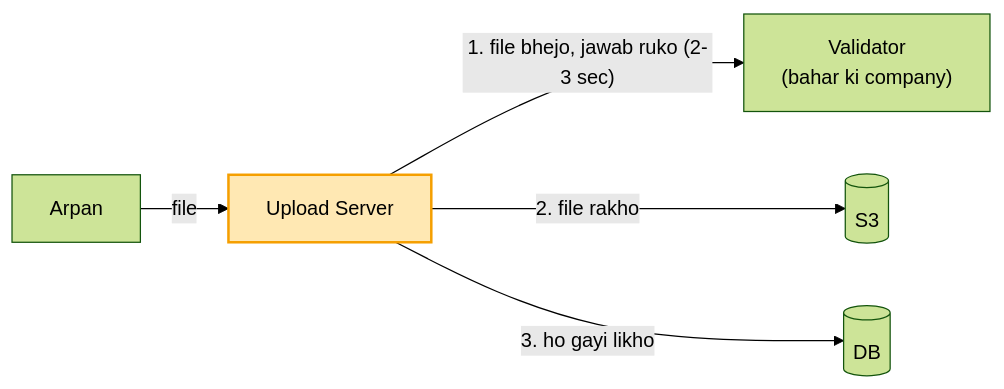
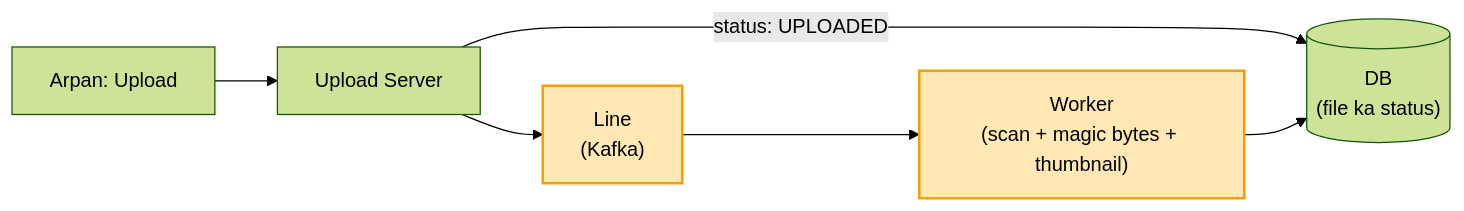
The first of 6 diagrams in 04_HLD/SYSTEM_DESIGNS/07_file_upload_validate_system/07_file_upload.md (ArpanMaheshwari144/Prep), drawn with Mermaid (forest theme) before and after one commit. The commit also changed other lines of this file and 2 other files, not shown here.

Commit message:
File upload: scene-mock se hand notes + main file kahani format (peeche line, seedha S3 + tukde, receptionist token, S3 event, folder ped DB me, maalik check, chhota link, scan ki alag line)

````diff
--- a/04_HLD/SYSTEM_DESIGNS/07_file_upload_validate_system/07_file_upload.md
+++ b/04_HLD/SYSTEM_DESIGNS/07_file_upload_validate_system/07_file_upload.md
@@ -64,8 +37,10 @@
 ```mermaid
 flowchart LR
-    A["Arpan"] -->|"file"| U["Upload Server"]
-    U -->|"1. file bhejo, jawab ruko (2-3 sec)"| V["Validator<br/>(bahar ki company)"]
-    U -->|"2. file rakho"| S3[("S3")]
-    U -->|"3. ho gayi likho"| D[("DB")]
-    style U fill:#ffe8b3,stroke:#f59f00,stroke-width:2px,color:#000
+    A["Arpan: Upload"] --> U["Upload Server"]
+    U -- "status: UPLOADED" --> DB[("DB<br/>(file ka status)")]
+    U --> K["Line<br/>(Kafka)"]
+    K --> W["Worker<br/>(scan + magic bytes + thumbnail)"]
+    W --> DB
+    style K fill:#ffe8b3,stroke:#f59f00,stroke-width:2px,color:#000
+    style W fill:#ffe8b3,stroke:#f59f00,stroke-width:2px,color:#000
 ```
````
